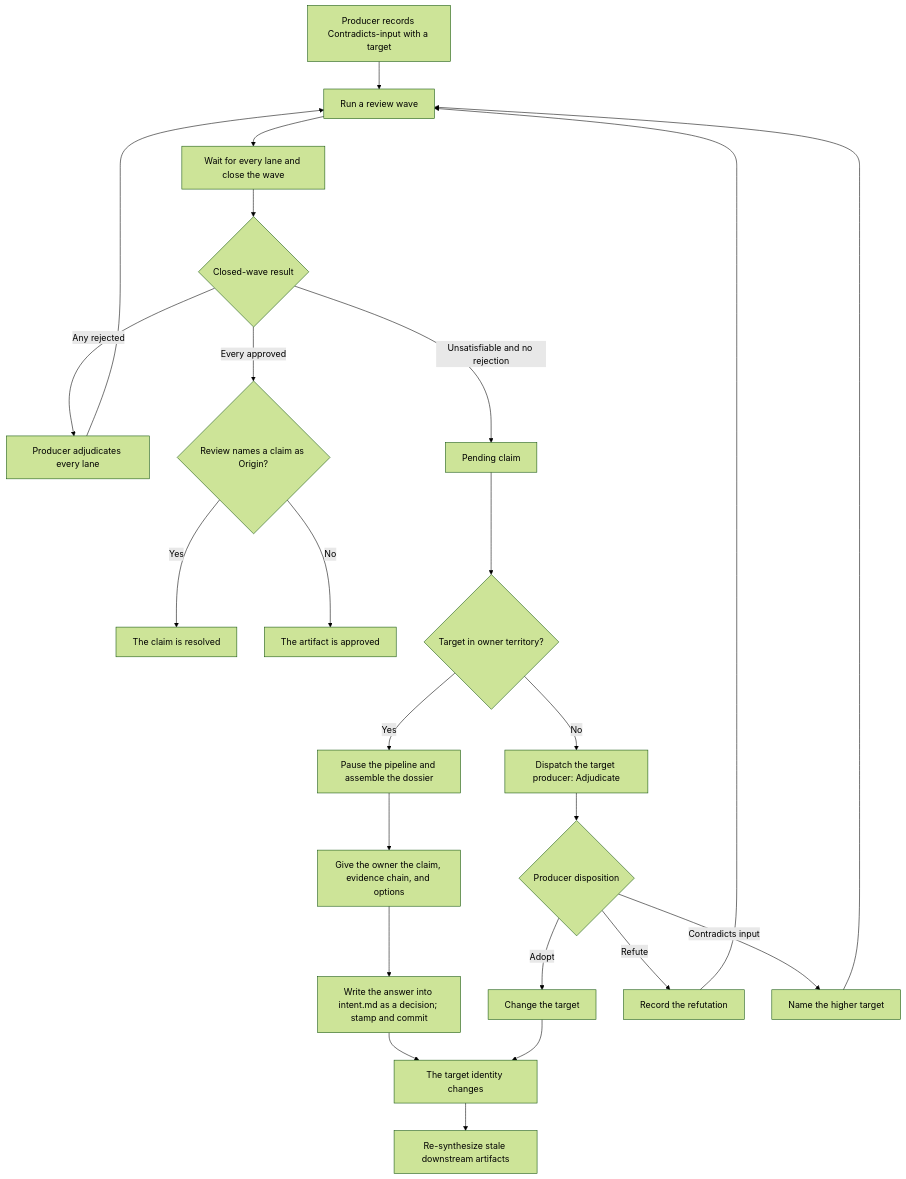
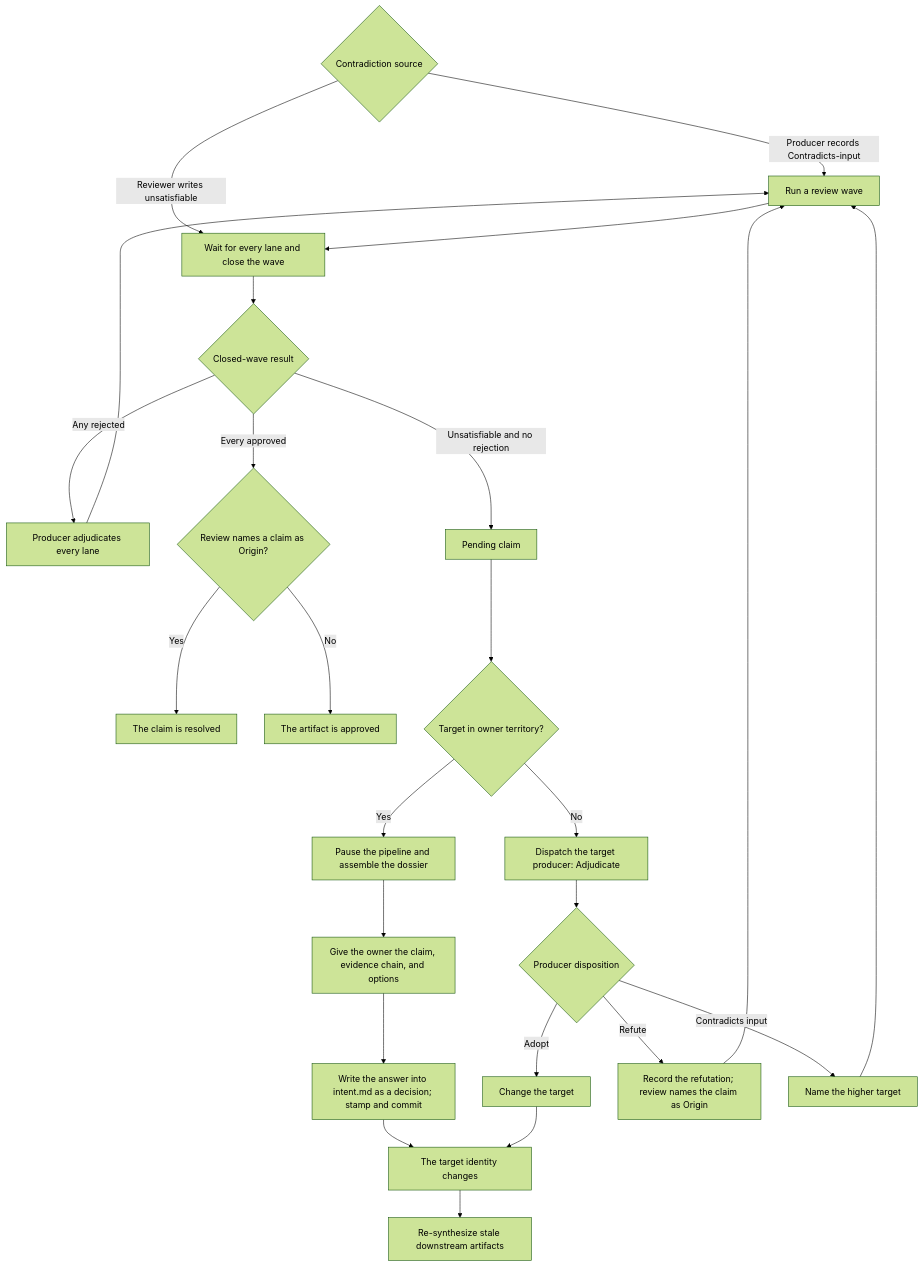
One commit to Automattic/radical-pipelines changed the diagram in docs/flowcharts/escalation.md. Above: the diagram before and after it, drawn with Mermaid (forest theme). The commit also changed 1 other file, not shown here.

Commit message:
Clarify setup and claim flowcharts

````diff
--- a/docs/flowcharts/escalation.md
+++ b/docs/flowcharts/escalation.md
@@ -5,26 +5,27 @@
 ```mermaid
 flowchart TD
-    A["Producer records Contradicts-input with a target"] --> B["Run a review wave"]
-    B --> C["Wait for every lane and close the wave"]
+    START{"Contradiction source"} -->|Producer records Contradicts-input| A["Run a review wave"]
+    START -->|Reviewer writes unsatisfiable| C
+    A --> C["Wait for every lane and close the wave"]
     C --> D{"Closed-wave result"}
     D -->|Any rejected| E["Producer adjudicates every lane"]
-    E --> B
+    E --> A
     D -->|Every approved| F{"Review names a claim as Origin?"}
     F -->|Yes| RESOLVED["The claim is resolved"]
     F -->|No| APPROVED["The artifact is approved"]
     D -->|Unsatisfiable and no rejection| G["Pending claim"]
     G --> H{"Target in owner territory?"}
     H -->|Yes| I["Pause the pipeline and assemble the dossier"]
     I --> J["Give the owner the claim, evidence chain, and options"]
     J --> K["Write the answer into intent.md as a decision; stamp and commit"]
     K --> CHANGED["The target identity changes"]
     H -->|No| N["Dispatch the target producer: Adjudicate"]
     N --> O{"Producer disposition"}
     O -->|Adopt| P["Change the target"]
-    O -->|Refute| Q["Record the refutation"]
+    O -->|Refute| Q["Record the refutation; review names the claim as Origin"]
     O -->|Contradicts input| R["Name the higher target"]
     P --> CHANGED
-    Q --> B
-    R --> B
+    Q --> A
+    R --> A
     CHANGED --> CASCADE["Re-synthesize stale downstream artifacts"]
 ```
````
